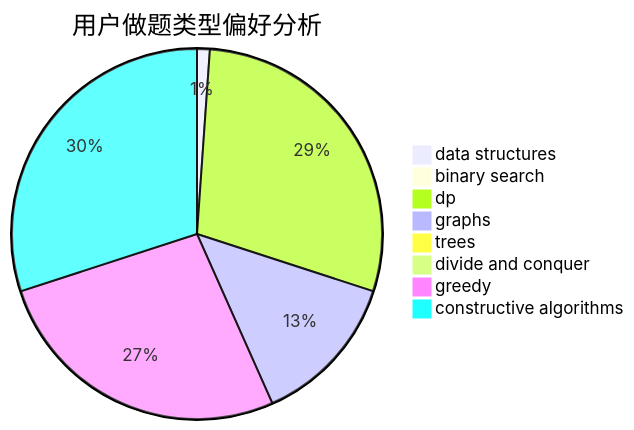
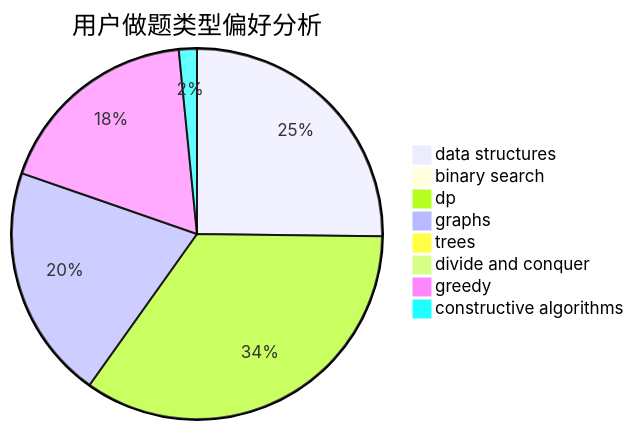
Before and after one commit to sherpahu/cfrs.github.io: the second of 3 diagrams in docs/user/u154.md, drawn with Mermaid. The commit also changed other lines of this file and 2770 other files, not shown here.

````diff
--- a/docs/user/u154.md
+++ b/docs/user/u154.md
@@ -23,11 +23,11 @@
 ```mermaid
 pie title 用户做题类型偏好分析
-    "data structures" :  1
-    "binary search" :  0
-    "dp" :  26
-    "graphs" :  12
+    "data structures" :  32
+    "binary search" :  1
+    "dp" :  44
+    "graphs" :  26
     "trees" :  0
     "divide and conquer" :  0
-    "greedy" :  24
-    "constructive algorithms" :  27
+    "greedy" :  23
+    "constructive algorithms" :  2
 ```
````
